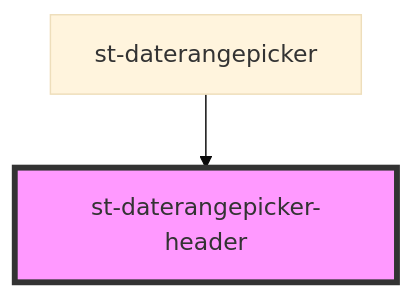
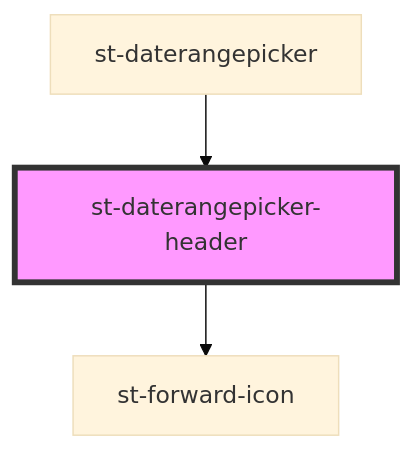
Before and after one commit to k1laba/st-datepicker: the diagram in src/components/inner-components/st-daterangepicker-header/readme.md, drawn with Mermaid (base theme). The commit also changed other lines of this file and 25 other files, not shown here.

````diff
--- a/src/components/inner-components/st-daterangepicker-header/readme.md
+++ b/src/components/inner-components/st-daterangepicker-header/readme.md
@@ -23,5 +27,6 @@
 ```mermaid
 graph TD;
+  st-daterangepicker-header --> st-forward-icon
   st-daterangepicker --> st-daterangepicker-header
   style st-daterangepicker-header fill:#f9f,stroke:#333,stroke-width:4px
 ```
````
